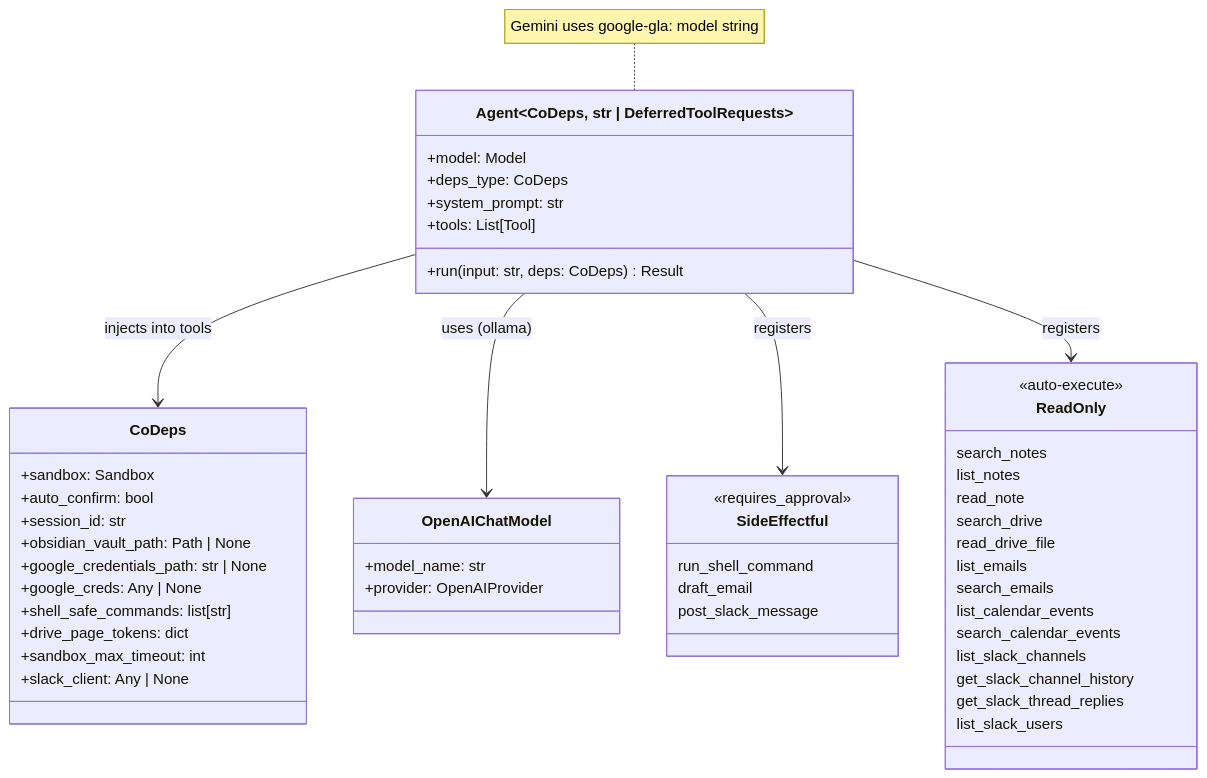
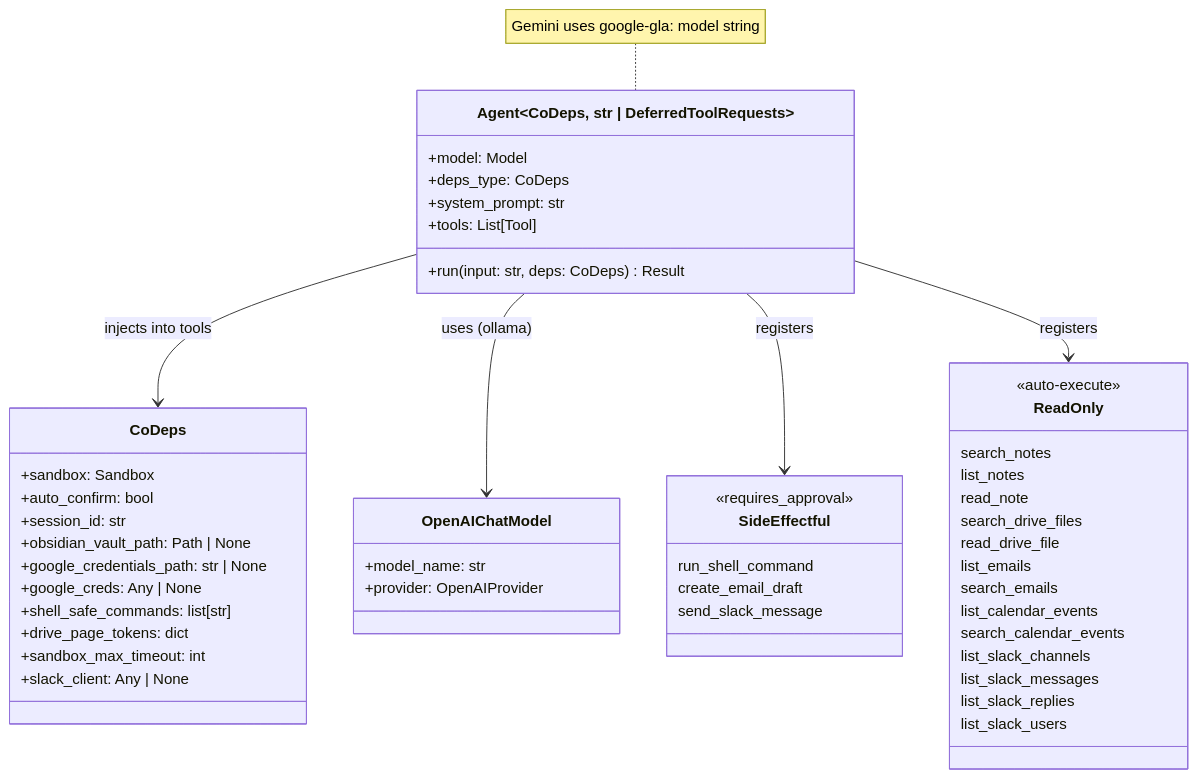
The fourth of 10 diagrams in docs/DESIGN-co-cli.md (binlecode/co-cli), drawn with Mermaid before and after one commit. The commit also changed other lines of this file and 11 other files, not shown here.

````diff
--- a/docs/DESIGN-co-cli.md
+++ b/docs/DESIGN-co-cli.md
@@ -196,58 +196,58 @@
 ```mermaid
 classDiagram
     class Agent~CoDeps, str | DeferredToolRequests~ {
         +model: Model
         +deps_type: CoDeps
         +system_prompt: str
         +tools: List[Tool]
         +run(input: str, deps: CoDeps) Result
     }
 
     class CoDeps {
         +sandbox: Sandbox
         +auto_confirm: bool
         +session_id: str
         +obsidian_vault_path: Path | None
         +google_credentials_path: str | None
         +google_creds: Any | None
         +shell_safe_commands: list[str]
         +drive_page_tokens: dict
         +sandbox_max_timeout: int
         +slack_client: Any | None
     }
 
     class OpenAIChatModel {
         +model_name: str
         +provider: OpenAIProvider
     }
 
     class SideEffectful {
         <<requires_approval>>
         run_shell_command
-        draft_email
-        post_slack_message
+        create_email_draft
+        send_slack_message
     }
 
     class ReadOnly {
         <<auto-execute>>
         search_notes
         list_notes
         read_note
-        search_drive
+        search_drive_files
         read_drive_file
         list_emails
         search_emails
         list_calendar_events
         search_calendar_events
         list_slack_channels
-        get_slack_channel_history
-        get_slack_thread_replies
+        list_slack_messages
+        list_slack_replies
         list_slack_users
     }
 
     Agent --> CoDeps : injects into tools
     Agent --> OpenAIChatModel : uses (ollama)
     Agent --> SideEffectful : registers
     Agent --> ReadOnly : registers
     note for Agent "Gemini uses google-gla: model string"
 ```
````
